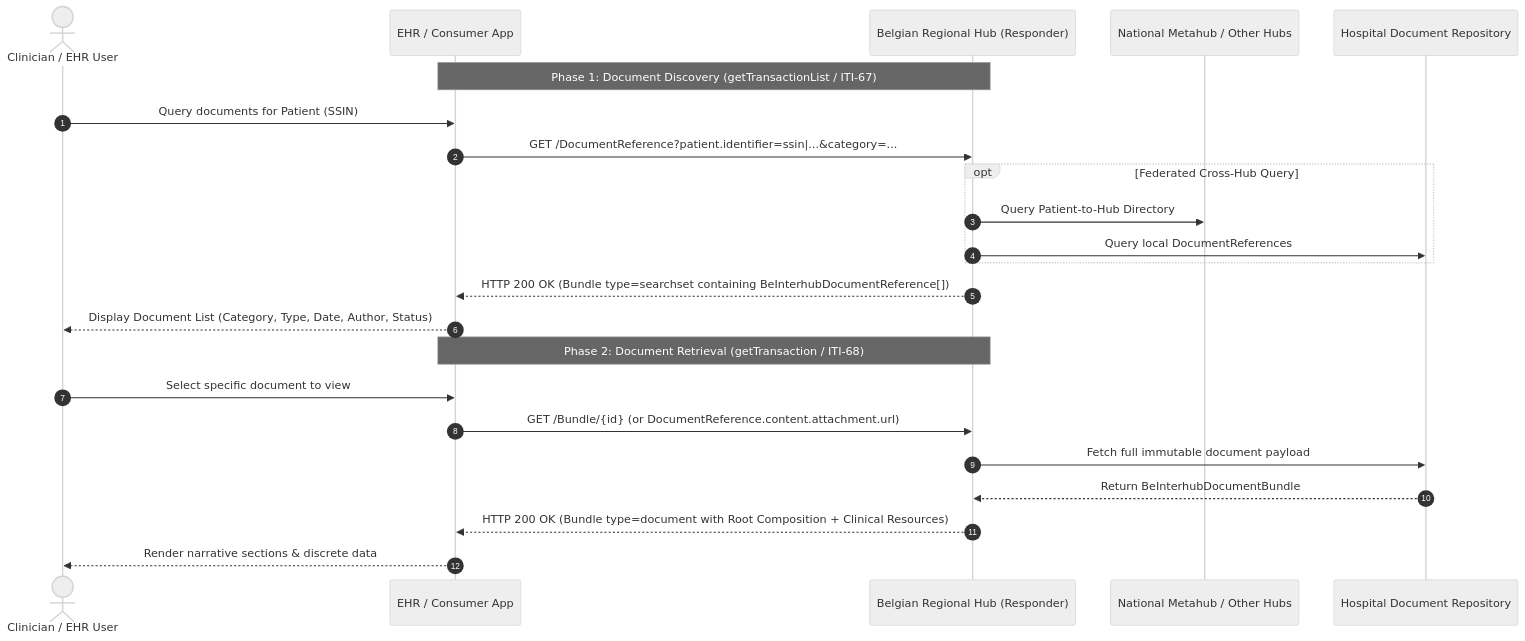
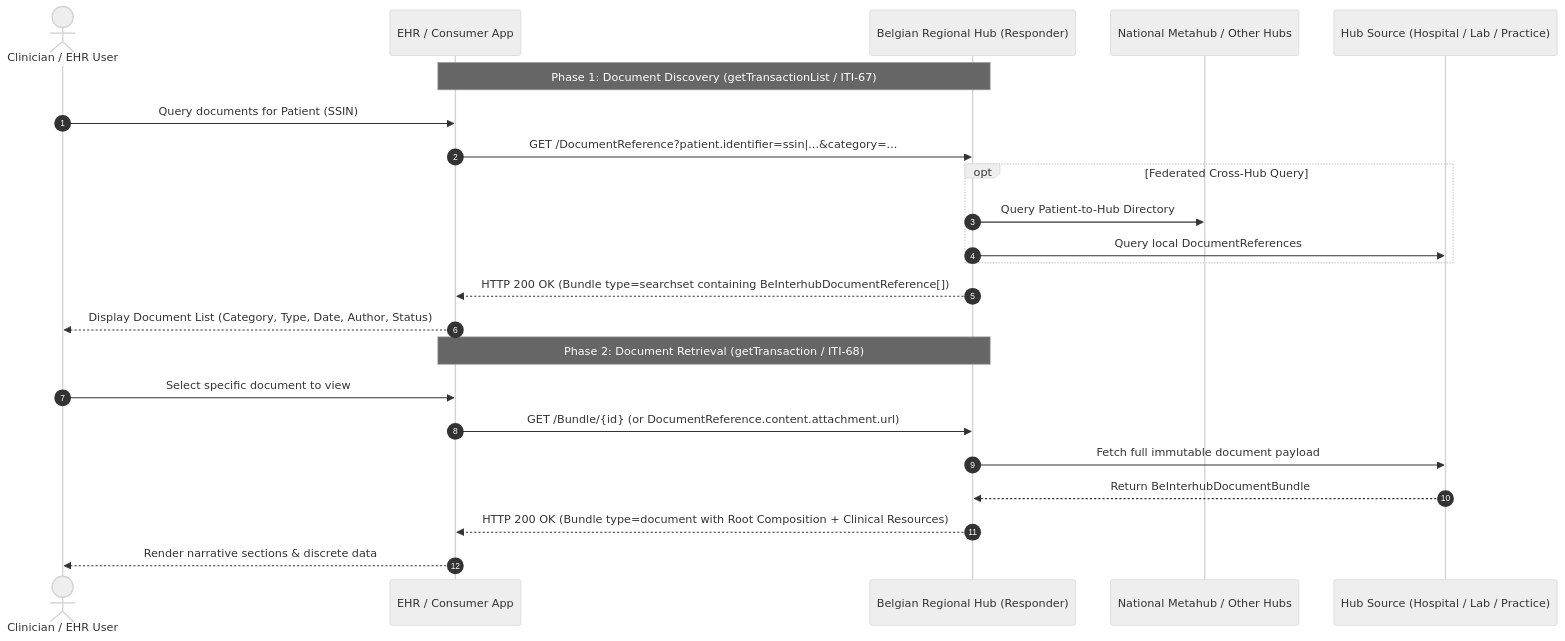
The first of 3 diagrams in input/pagecontent/transactions.md (Erwin-Bellon/hubsharing), drawn with Mermaid (neutral theme) before and after one commit. The commit also changed other lines of this file and 17 other files, not shown here.

````diff
--- a/input/pagecontent/transactions.md
+++ b/input/pagecontent/transactions.md
@@ -16,27 +24,27 @@
 ```mermaid
 sequenceDiagram
     autonumber
     actor Clinician as Clinician / EHR User
     participant EHR as EHR / Consumer App
     participant Hub as Belgian Regional Hub (Responder)
     participant Metahub as National Metahub / Other Hubs
-    participant Vault as Hospital Document Repository
+    participant Source as Hub Source (Hospital / Lab / Practice)
 
     Note over EHR,Hub: Phase 1: Document Discovery (getTransactionList / ITI-67)
     Clinician->>EHR: Query documents for Patient (SSIN)
     EHR->>Hub: GET /DocumentReference?patient.identifier=ssin|...&category=...
     opt Federated Cross-Hub Query
         Hub->>Metahub: Query Patient-to-Hub Directory
-        Hub->>Vault: Query local DocumentReferences
+        Hub->>Source: Query local DocumentReferences
     end
     Hub-->>EHR: HTTP 200 OK (Bundle type=searchset containing BeInterhubDocumentReference[])
     EHR-->>Clinician: Display Document List (Category, Type, Date, Author, Status)
 
     Note over EHR,Hub: Phase 2: Document Retrieval (getTransaction / ITI-68)
     Clinician->>EHR: Select specific document to view
     EHR->>Hub: GET /Bundle/{id} (or DocumentReference.content.attachment.url)
-    Hub->>Vault: Fetch full immutable document payload
-    Vault-->>Hub: Return BeInterhubDocumentBundle
+    Hub->>Source: Fetch full immutable document payload
+    Source-->>Hub: Return BeInterhubDocumentBundle
     Hub-->>EHR: HTTP 200 OK (Bundle type=document with Root Composition + Clinical Resources)
     EHR-->>Clinician: Render narrative sections & discrete data
 ```
````
